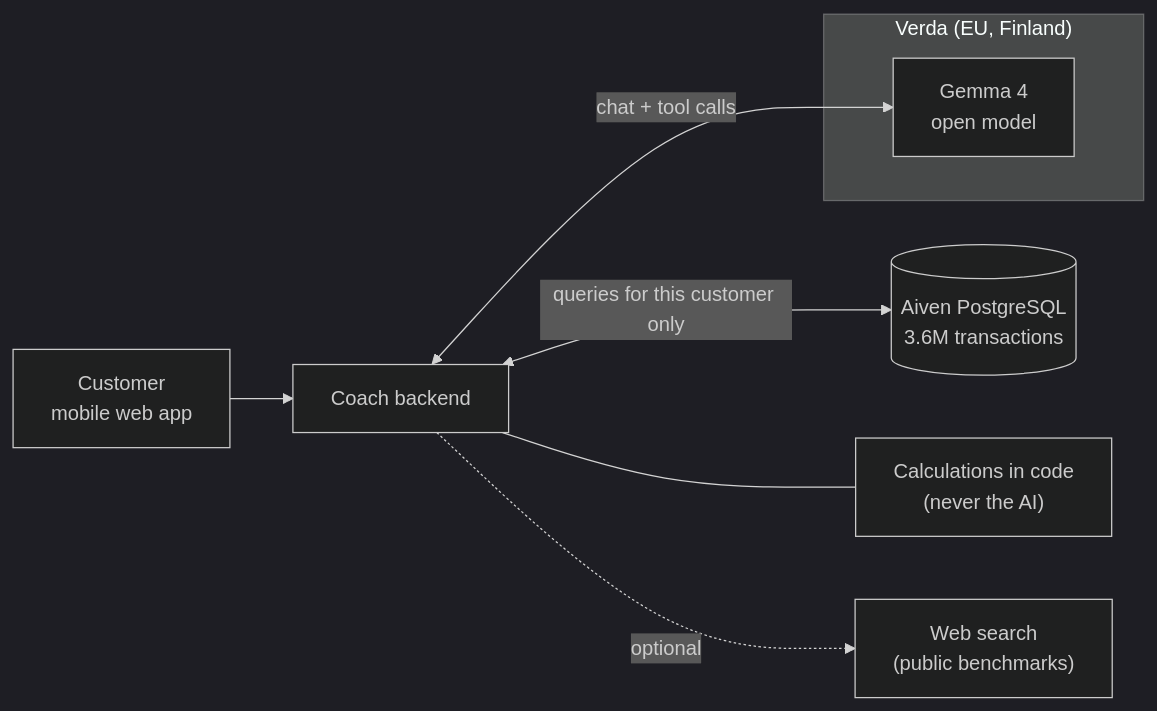
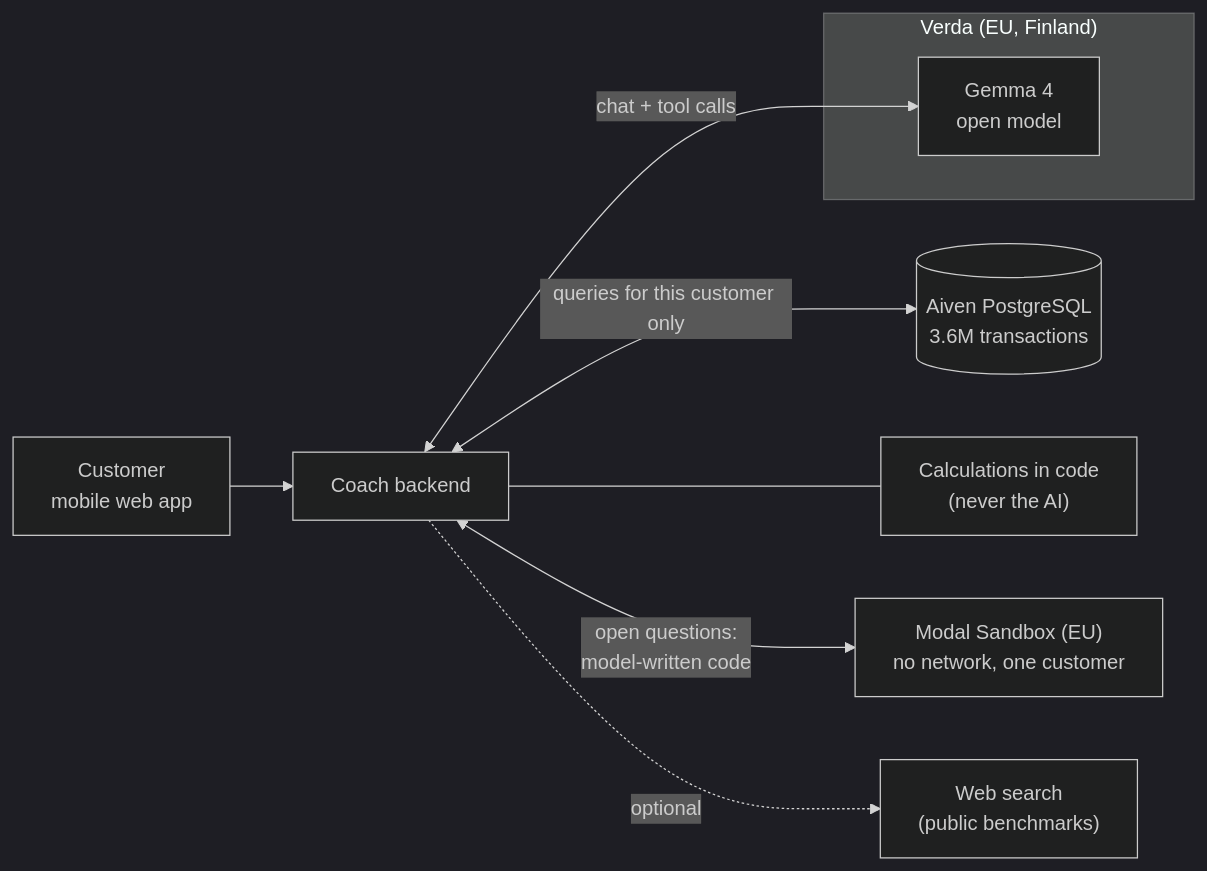
The first of 2 diagrams in README.md (pinsionparoni/mountain-claude-boys-trek), drawn with Mermaid (dark theme) before and after one commit. The commit also changed other lines of this file and 8 other files, not shown here.

First line of the commit message:
Explore my data: open questions run as the coach's own pandas in an EU Modal Sandbox

````diff
--- a/README.md
+++ b/README.md
@@ -35,13 +36,14 @@
 ```mermaid
 flowchart LR
     U["Customer<br/>mobile web app"] --> API["Coach backend"]
 
     subgraph V["Verda (EU, Finland)"]
         G["Gemma 4<br/>open model"]
     end
 
     API <-->|"chat + tool calls"| G
     API <-->|"queries for this customer only"| DB[("Aiven PostgreSQL<br/>3.6M transactions")]
     API --- CALC["Calculations in code<br/>(never the AI)"]
+    API <-->|"open questions:<br/>model-written code"| SB["Modal Sandbox (EU)<br/>no network, one customer"]
     API -.->|"optional"| EXA["Web search<br/>(public benchmarks)"]
 ```
````
